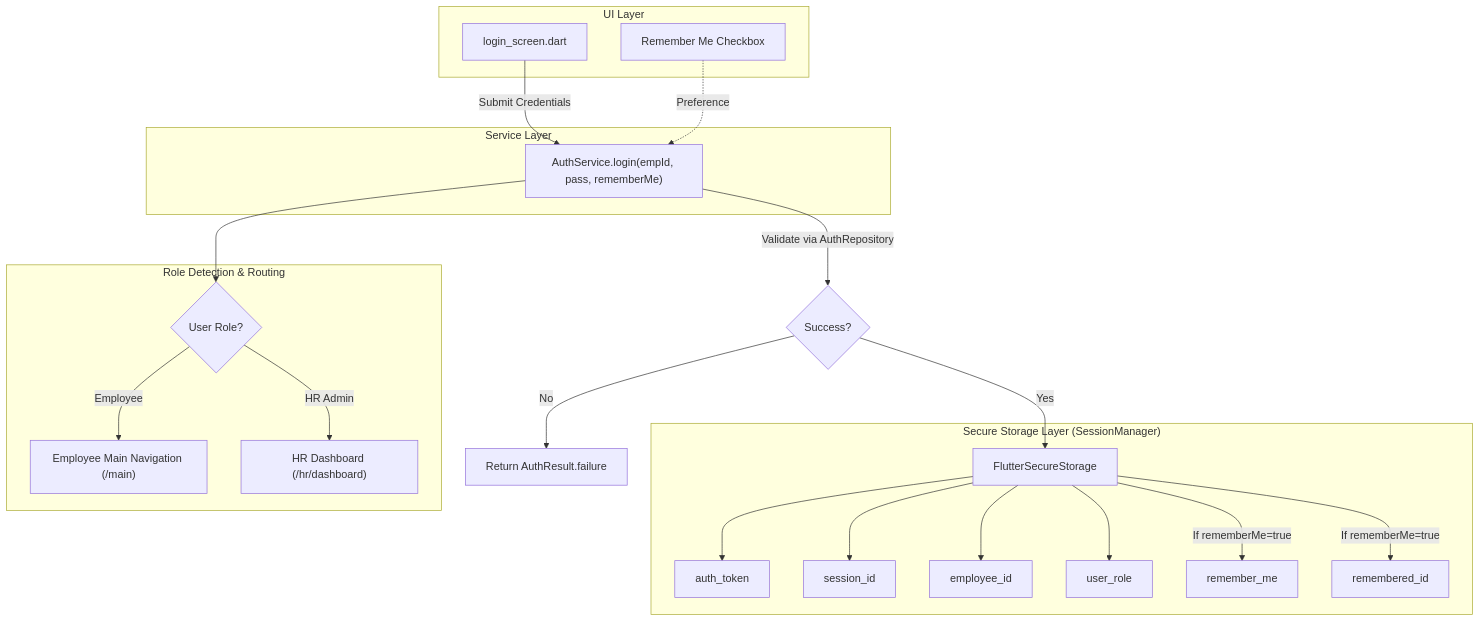
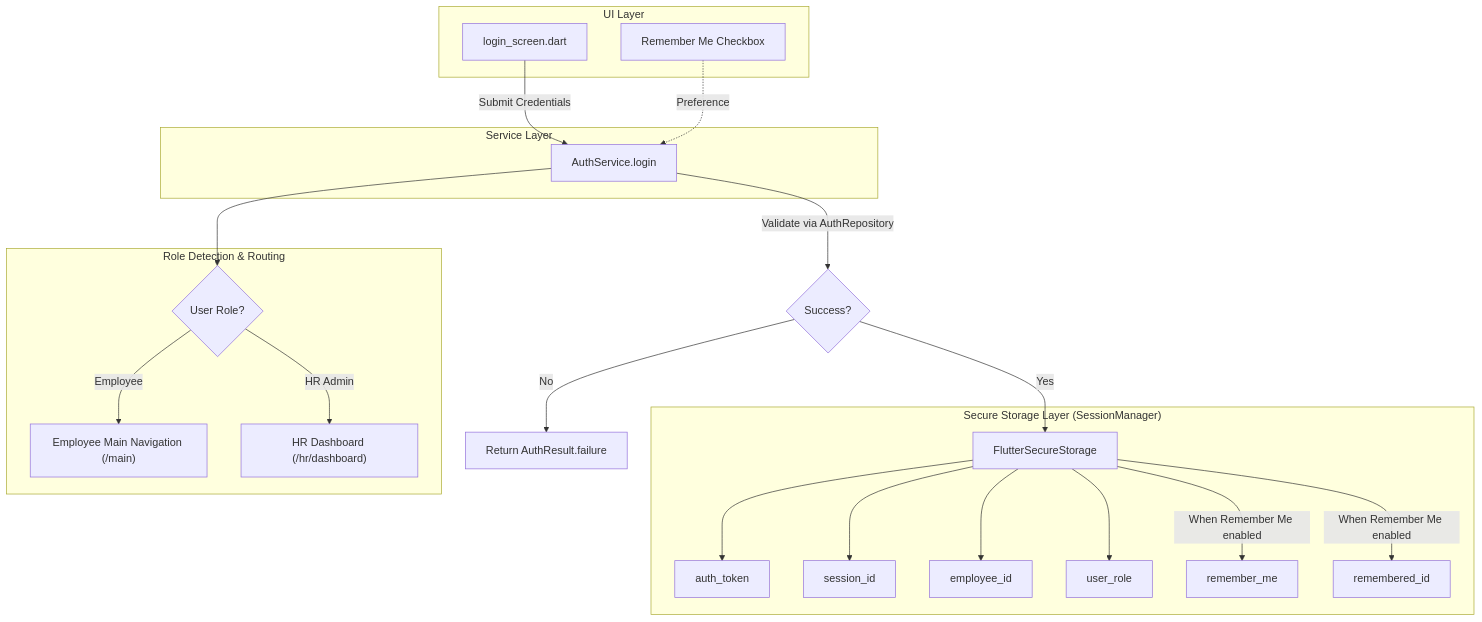
Before and after one commit to Aravindan-001/icore-ess: the sixth of 15 diagrams in ARCHITECTURE.md, drawn with Mermaid. The commit also changed other lines of this file, not shown here.

Commit message:
docs: fix Mermaid architecture rendering

````diff
--- a/ARCHITECTURE.md
+++ b/ARCHITECTURE.md
@@ -356,45 +356,45 @@
 ```mermaid
 flowchart TD
     subgraph UI_Layer ["UI Layer"]
         L_UI["login_screen.dart"]
         REM_CB["Remember Me Checkbox"]
     end
 
     subgraph Service_Layer ["Service Layer"]
-        AUTH_SVC["AuthService.login(empId, pass, rememberMe)"]
+        AUTH_SVC["AuthService.login"]
     end
 
     subgraph Storage_Layer ["Secure Storage Layer (SessionManager)"]
         SEC_STOR["FlutterSecureStorage"]
         K_TOKEN["auth_token"]
         K_SESS["session_id"]
         K_EMP["employee_id"]
         K_ROLE["user_role"]
         K_REM_FLAG["remember_me"]
         K_REM_ID["remembered_id"]
     end
 
     subgraph Role_Nav ["Role Detection & Routing"]
         ROLE_CHK{User Role?}
         EMP_NAV["Employee Main Navigation (/main)"]
         HR_NAV["HR Dashboard (/hr/dashboard)"]
     end
 
     L_UI -->|Submit Credentials| AUTH_SVC
     REM_CB -.->|Preference| AUTH_SVC
     AUTH_SVC -->|Validate via AuthRepository| RESP{Success?}
 
     RESP -->|No| ERR_MSG["Return AuthResult.failure"]
     RESP -->|Yes| SEC_STOR
 
     SEC_STOR --> K_TOKEN
     SEC_STOR --> K_SESS
     SEC_STOR --> K_EMP
     SEC_STOR --> K_ROLE
-    SEC_STOR -->|If rememberMe=true| K_REM_FLAG
-    SEC_STOR -->|If rememberMe=true| K_REM_ID
+    SEC_STOR -->|When Remember Me enabled| K_REM_FLAG
+    SEC_STOR -->|When Remember Me enabled| K_REM_ID
 
     AUTH_SVC --> ROLE_CHK
     ROLE_CHK -->|Employee| EMP_NAV
     ROLE_CHK -->|HR Admin| HR_NAV
 ```
````
